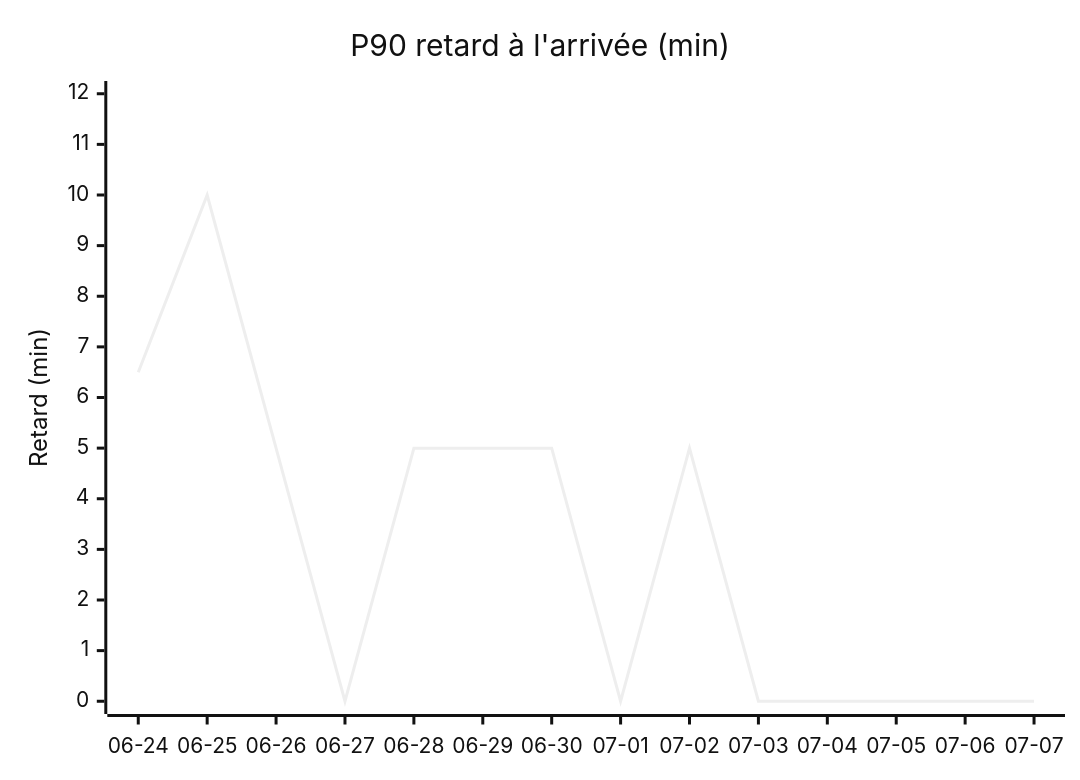
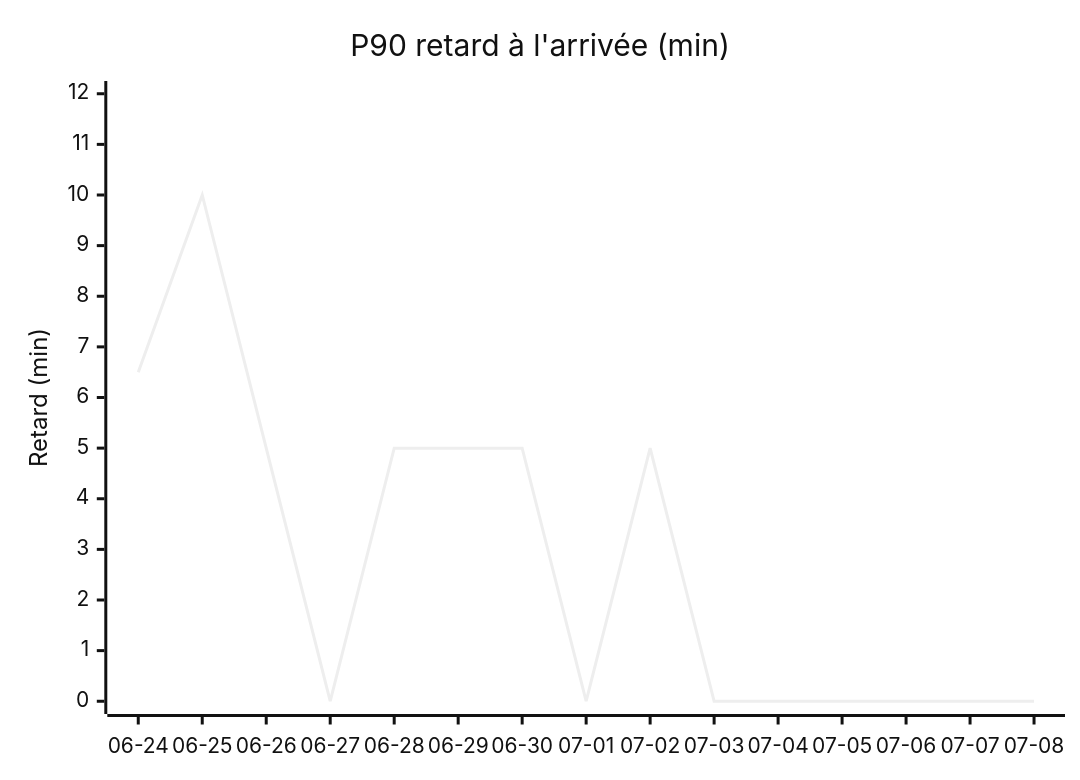
The first of 4 diagrams in STATS.md (antoinerep/horaire-ter), drawn with Mermaid (neutral theme) before and after one commit. The commit also changed other lines of this file and 1 other file, not shown here.

````diff
--- a/STATS.md
+++ b/STATS.md
@@ -29,7 +29,7 @@
 ```mermaid
 xychart-beta
     title "P90 retard à l'arrivée (min)"
-    x-axis ["06-24", "06-25", "06-26", "06-27", "06-28", "06-29", "06-30", "07-01", "07-02", "07-03", "07-04", "07-05", "07-06", "07-07"]
+    x-axis ["06-24", "06-25", "06-26", "06-27", "06-28", "06-29", "06-30", "07-01", "07-02", "07-03", "07-04", "07-05", "07-06", "07-07", "07-08"]
     y-axis "Retard (min)" 0 --> 12
-    line [6.5, 10.0, 5.0, 0.0, 5.0, 5.0, 5.0, 0.0, 5.0, 0.0, 0.0, 0.0, 0.0, 0.0]
+    line [6.5, 10.0, 5.0, 0.0, 5.0, 5.0, 5.0, 0.0, 5.0, 0.0, 0.0, 0.0, 0.0, 0.0, 0.0]
 ```
````
